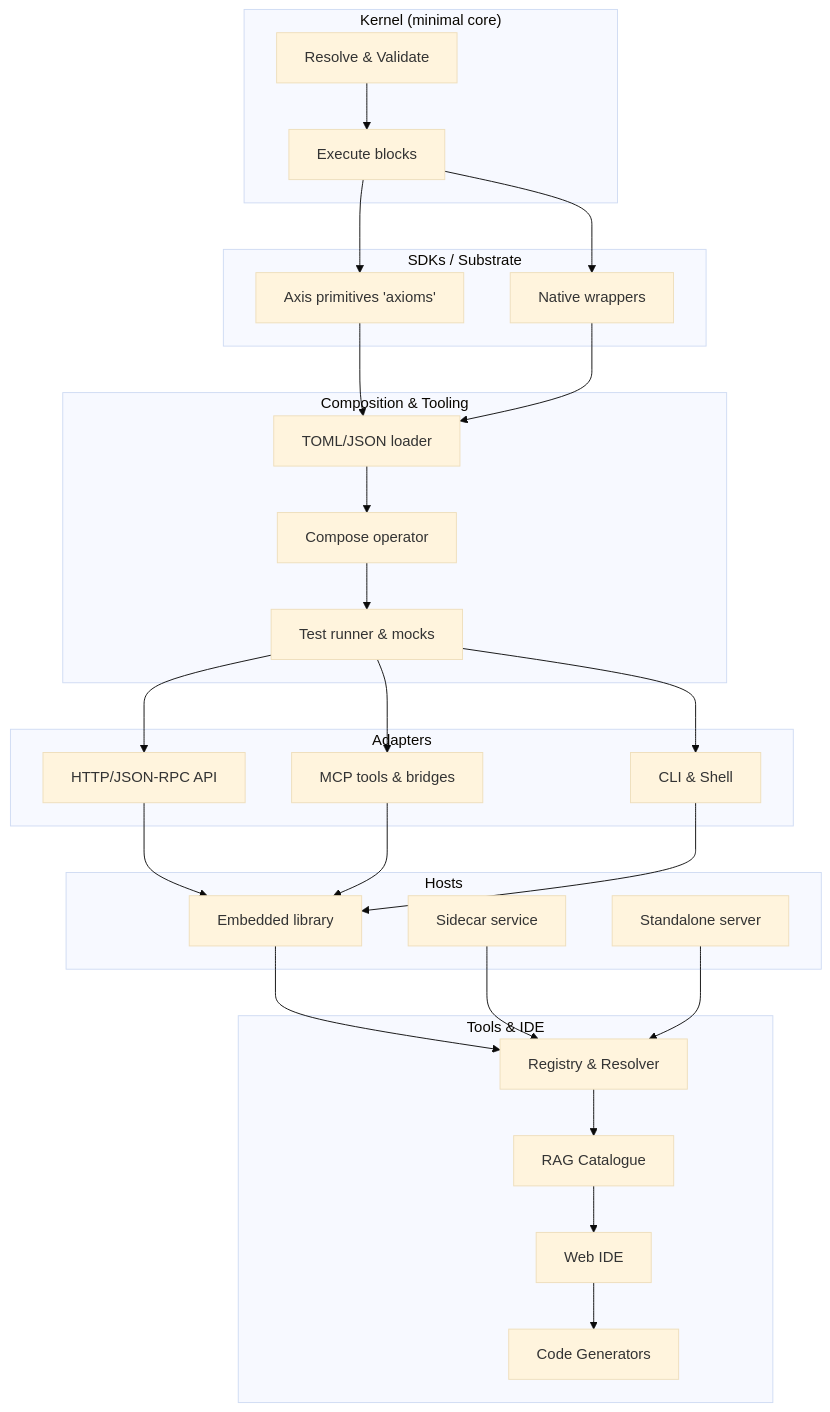
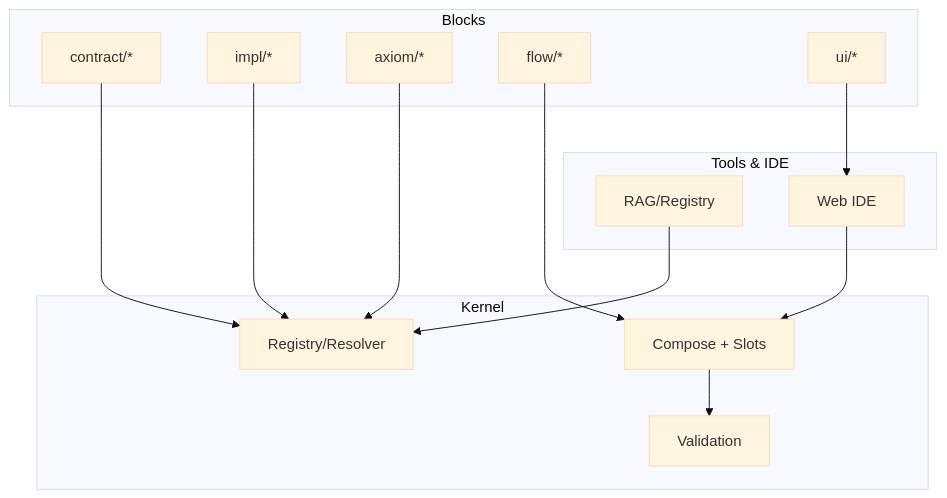
One commit to lcod-team/.github changed the diagram in profile/README.md. Above: the diagram before and after it, drawn with Mermaid (base theme). The commit also changed other lines of this file, not shown here.

Commit message:
docs(spec): note kernel SDK for custom flow components; roadmap M1 item; docs(github): replace org profile with short overview linking to full spec

````diff
--- a/profile/README.md
+++ b/profile/README.md
@@ -23,51 +9,27 @@
 ```mermaid
 flowchart TD
-    subgraph "Kernel (minimal core)"
-        K0[Resolve & Validate]
-        K1[Execute blocks]
-    end
-    subgraph "SDKs / Substrate"
-        S0[Axis primitives 'axioms']
-        S1[Native wrappers]
-    end
-    subgraph "Composition & Tooling"
-        C0[TOML/JSON loader]
-        C1[Compose operator]
-        C2[Test runner & mocks]
-    end
-    subgraph "Adapters"
-        A0[HTTP/JSON‑RPC API]
-        A1[MCP tools & bridges]
-        A2[CLI & Shell]
-    end
-    subgraph "Hosts"
-        H0[Embedded library]
-        H1[Sidecar service]
-        H2[Standalone server]
-    end
-    subgraph "Tools & IDE"
-        T0[Registry & Resolver]
-        T1[RAG Catalogue]
-        T2[Web IDE]
-        T3[Code Generators]
-    end
-    K0 --> K1
-    K1 --> S0
-    K1 --> S1
-    S0 --> C0
-    S1 --> C0
-    C0 --> C1
-    C1 --> C2
-    C2 --> A0
-    C2 --> A1
-    C2 --> A2
-    A0 --> H0
-    A1 --> H0
-    A2 --> H0
-    H0 --> T0
-    H1 --> T0
-    H2 --> T0
-    T0 --> T1
-    T1 --> T2
-    T2 --> T3
+  subgraph "Kernel"
+    R[Registry/Resolver]
+    X[Compose + Slots]
+    V[Validation]
+  end
+  subgraph "Blocks"
+    C1[contract/*]
+    I1[impl/*]
+    A1[axiom/*]
+    F1[flow/*]
+    U1[ui/*]
+  end
+  subgraph "Tools & IDE"
+    T0[RAG/Registry]
+    T1[Web IDE]
+  end
+  T0 --> R
+  T1 --> X
+  C1 --> R
+  I1 --> R
+  A1 --> R
+  F1 --> X
+  U1 --> T1
+  X --> V
 ```
````
